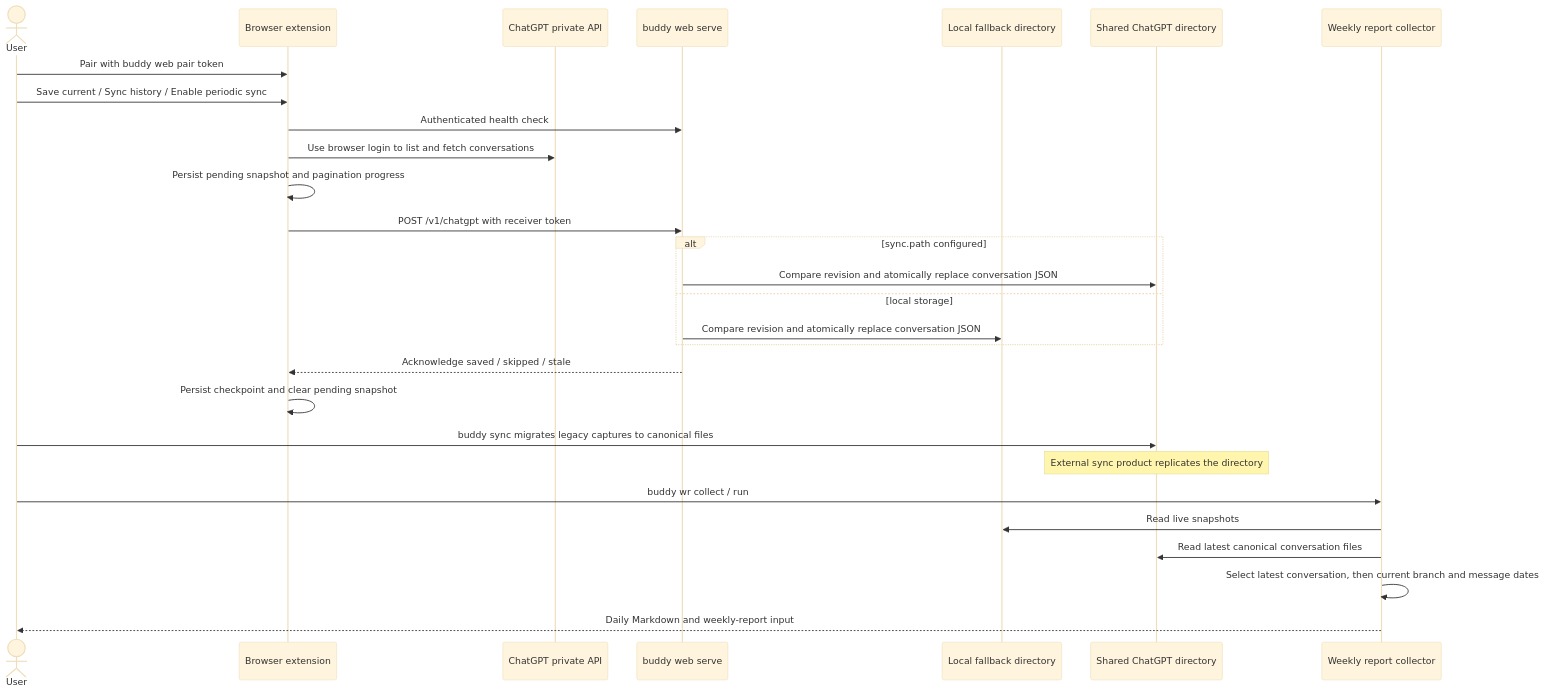
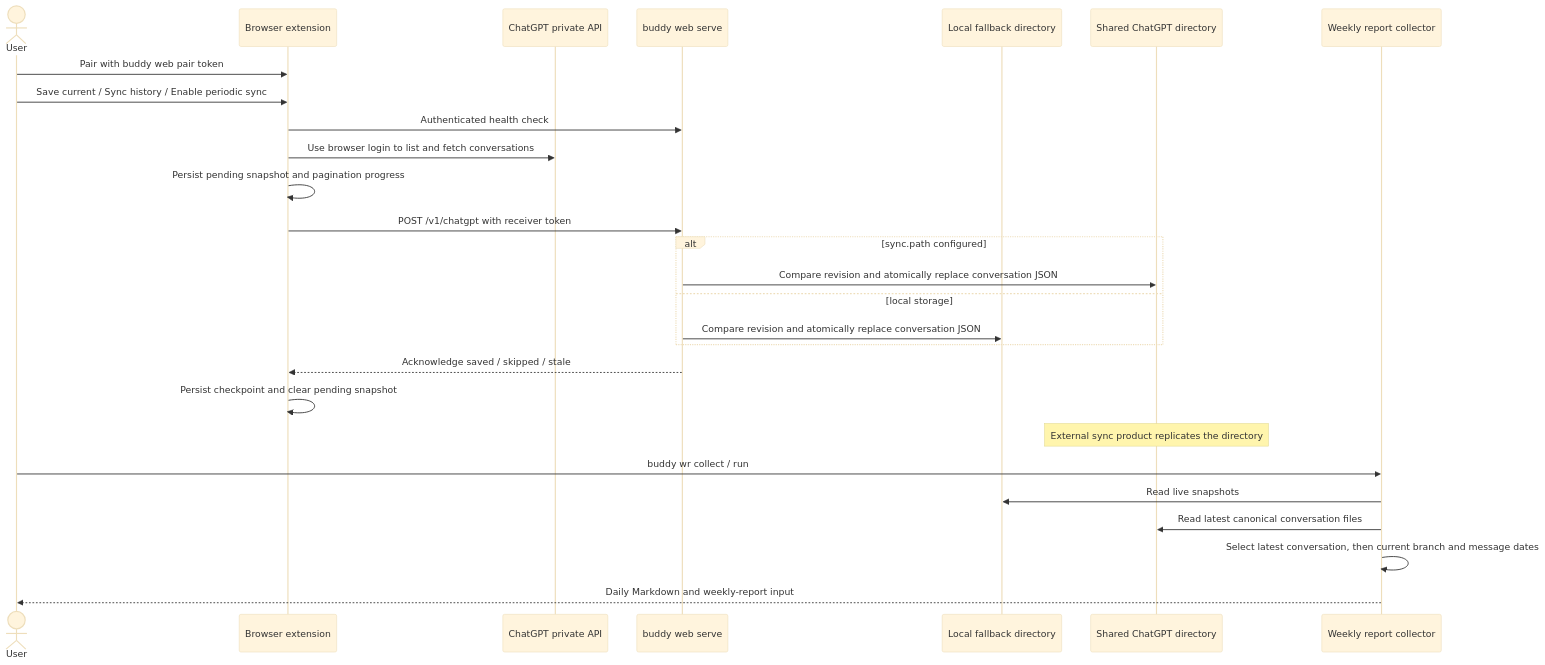
The diagram in docs/chatgpt-sync.md (Zhaoyilunnn/guarded-buddy), drawn with Mermaid (base theme) before and after one commit. The commit also changed other lines of this file and 6 other files, not shown here.

Commit message:
Skip legacy ChatGPT archive migration during sync

````diff
--- a/docs/chatgpt-sync.md
+++ b/docs/chatgpt-sync.md
@@ -300,31 +300,30 @@
 ```mermaid
 sequenceDiagram
     actor User
     participant Extension as Browser extension
     participant ChatGPT as ChatGPT private API
     participant Receiver as buddy web serve
     participant Local as Local fallback directory
     participant Archive as Shared ChatGPT directory
     participant Report as Weekly report collector
 
     User->>Extension: Pair with buddy web pair token
     User->>Extension: Save current / Sync history / Enable periodic sync
     Extension->>Receiver: Authenticated health check
     Extension->>ChatGPT: Use browser login to list and fetch conversations
     Extension->>Extension: Persist pending snapshot and pagination progress
     Extension->>Receiver: POST /v1/chatgpt with receiver token
     alt sync.path configured
         Receiver->>Archive: Compare revision and atomically replace conversation JSON
     else local storage
         Receiver->>Local: Compare revision and atomically replace conversation JSON
     end
     Receiver-->>Extension: Acknowledge saved / skipped / stale
     Extension->>Extension: Persist checkpoint and clear pending snapshot
-    User->>Archive: buddy sync migrates legacy captures to canonical files
     Note over Archive: External sync product replicates the directory
     User->>Report: buddy wr collect / run
     Report->>Local: Read live snapshots
     Report->>Archive: Read latest canonical conversation files
     Report->>Report: Select latest conversation, then current branch and message dates
     Report-->>User: Daily Markdown and weekly-report input
 ```
````
